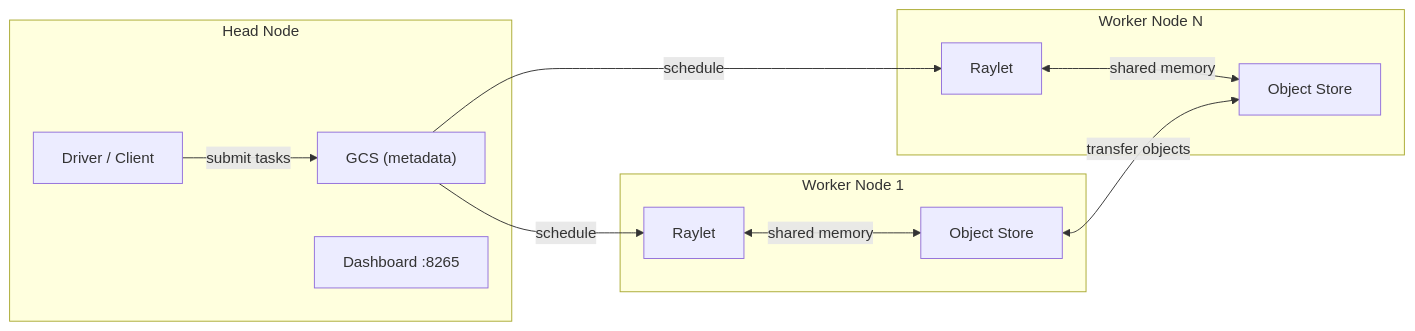
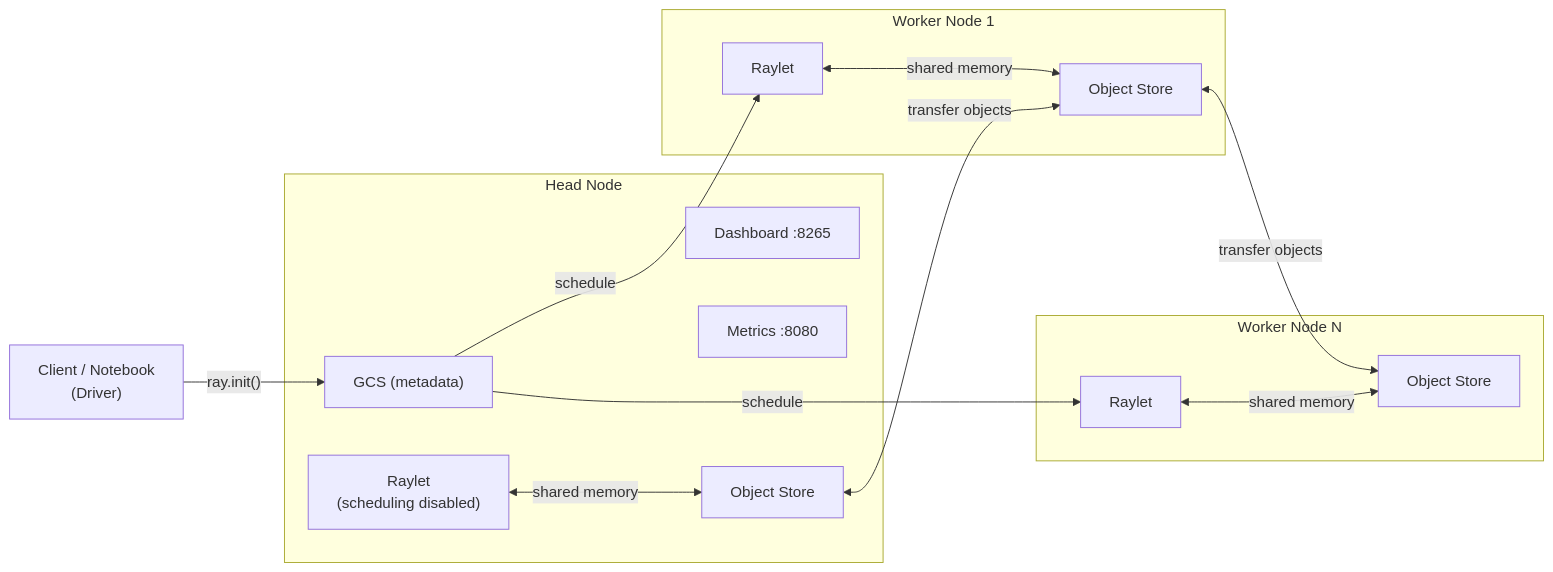
Before and after one commit to rrbanda/rhoai-kuberay: the first of 2 diagrams in website/docs/01-overview.md, drawn with Mermaid. The commit also changed other lines of this file and 20 other files, not shown here.

````diff
--- a/website/docs/01-overview.md
+++ b/website/docs/01-overview.md
@@ -45,25 +45,31 @@
 ```mermaid
 flowchart LR
+    Client["Client / Notebook\n(Driver)"]
+
     subgraph head [Head Node]
         GCS["GCS (metadata)"]
         Dashboard["Dashboard :8265"]
-        Driver["Driver / Client"]
+        Metrics["Metrics :8080"]
+        HeadRaylet["Raylet\n(scheduling disabled)"]
+        HeadObjStore["Object Store"]
     end
 
     subgraph w1 [Worker Node 1]
         Raylet1["Raylet"]
         ObjStore1["Object Store"]
     end
 
     subgraph w2 [Worker Node N]
         Raylet2["Raylet"]
         ObjStore2["Object Store"]
     end
 
-    Driver -->|"submit tasks"| GCS
+    Client -->|"ray.init()"| GCS
     GCS -->|"schedule"| Raylet1
     GCS -->|"schedule"| Raylet2
+    HeadRaylet <-->|"shared memory"| HeadObjStore
     Raylet1 <-->|"shared memory"| ObjStore1
     Raylet2 <-->|"shared memory"| ObjStore2
     ObjStore1 <-->|"transfer objects"| ObjStore2
+    HeadObjStore <-->|"transfer objects"| ObjStore1
 ```
````
